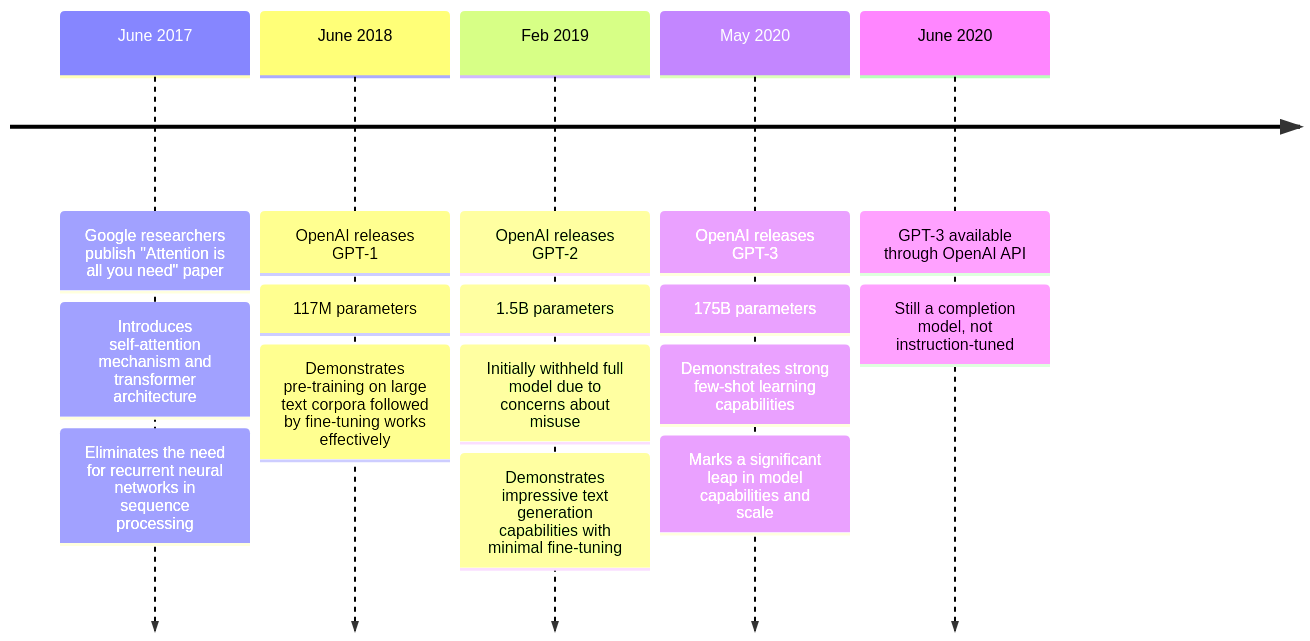
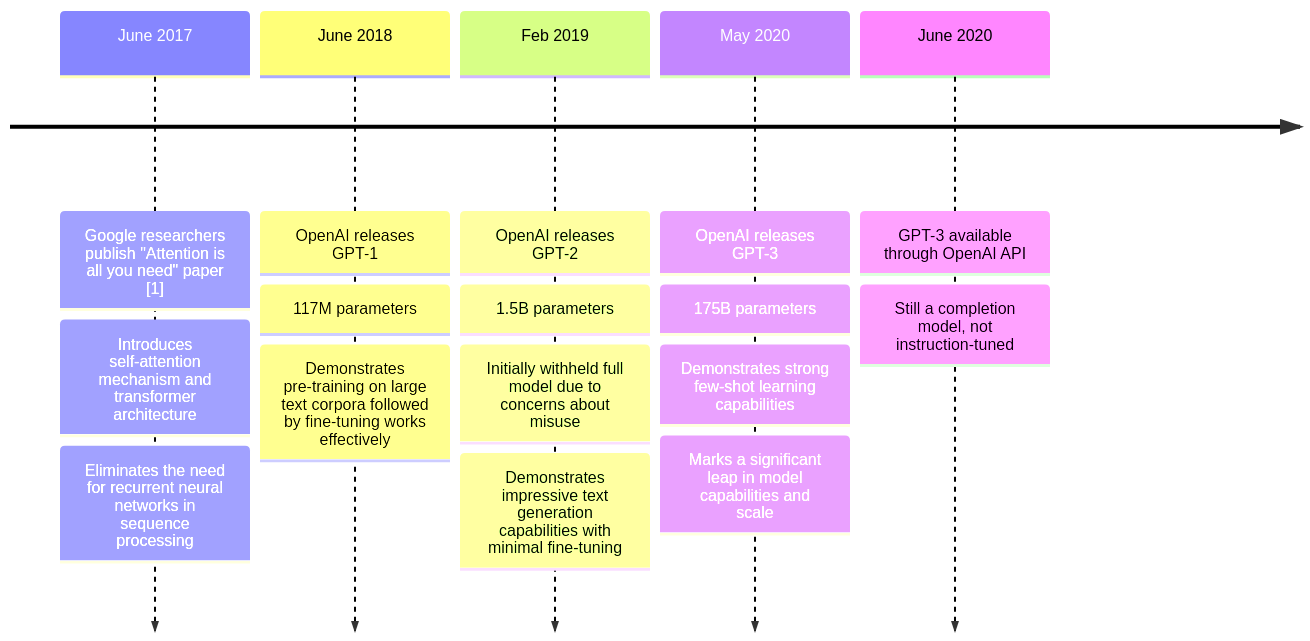
The first of 5 diagrams in src/01/exploring_genai.qmd (simonguest/CSP), drawn with Mermaid before and after one commit. The commit also changed other lines of this file and 1 other file, not shown here.

````diff
--- a/src/01/exploring_genai.qmd
+++ b/src/01/exploring_genai.qmd
@@ -27,23 +28,23 @@
 ```{mermaid}
 timeline
-    June 2017 : Google researchers publish "Attention is all you need" paper
+    June 2017 : Google researchers publish "Attention is all you need" paper [1]
               : Introduces self-attention mechanism and transformer architecture
               : Eliminates the need for recurrent neural networks in sequence processing
-    
+
     June 2018 : OpenAI releases GPT-1
               : 117M parameters
               : Demonstrates pre-training on large text corpora followed by fine-tuning works effectively
-    
+
     Feb 2019 : OpenAI releases GPT-2
              : 1.5B parameters
              : Initially withheld full model due to concerns about misuse
              : Demonstrates impressive text generation capabilities with minimal fine-tuning
-    
+
     May 2020 : OpenAI releases GPT-3
              : 175B parameters
              : Demonstrates strong few-shot learning capabilities
              : Marks a significant leap in model capabilities and scale
-    
+
     June 2020 : GPT-3 available through OpenAI API
               : Still a completion model, not instruction-tuned
 ```
````
